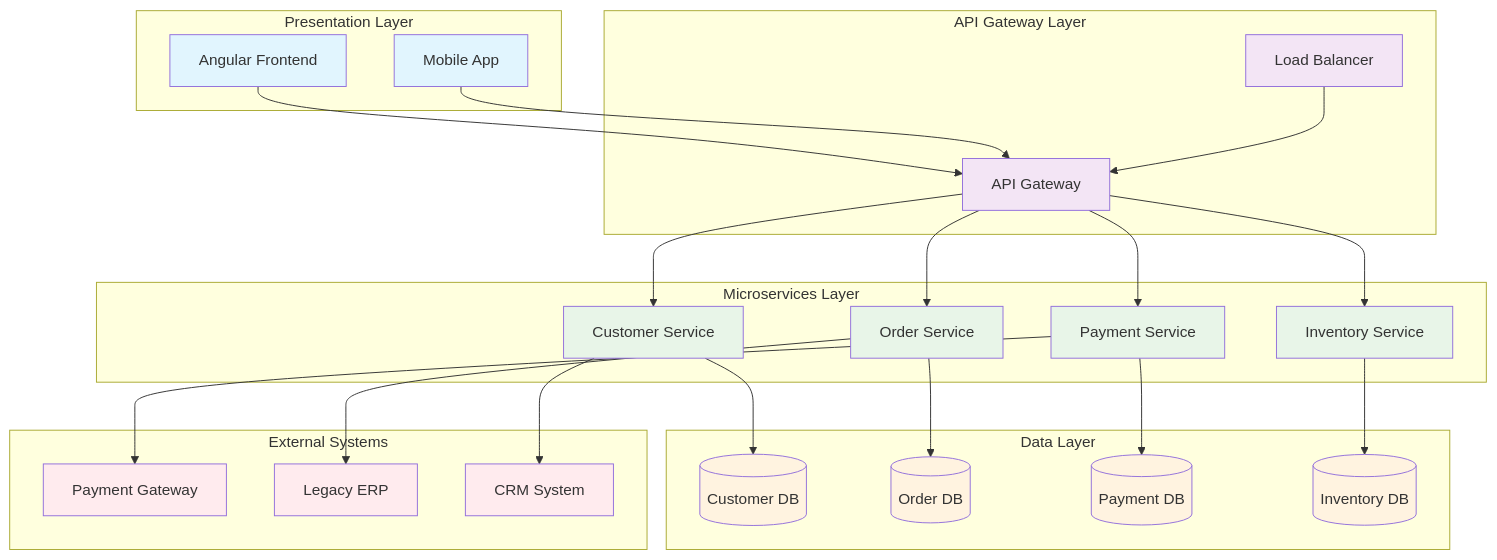
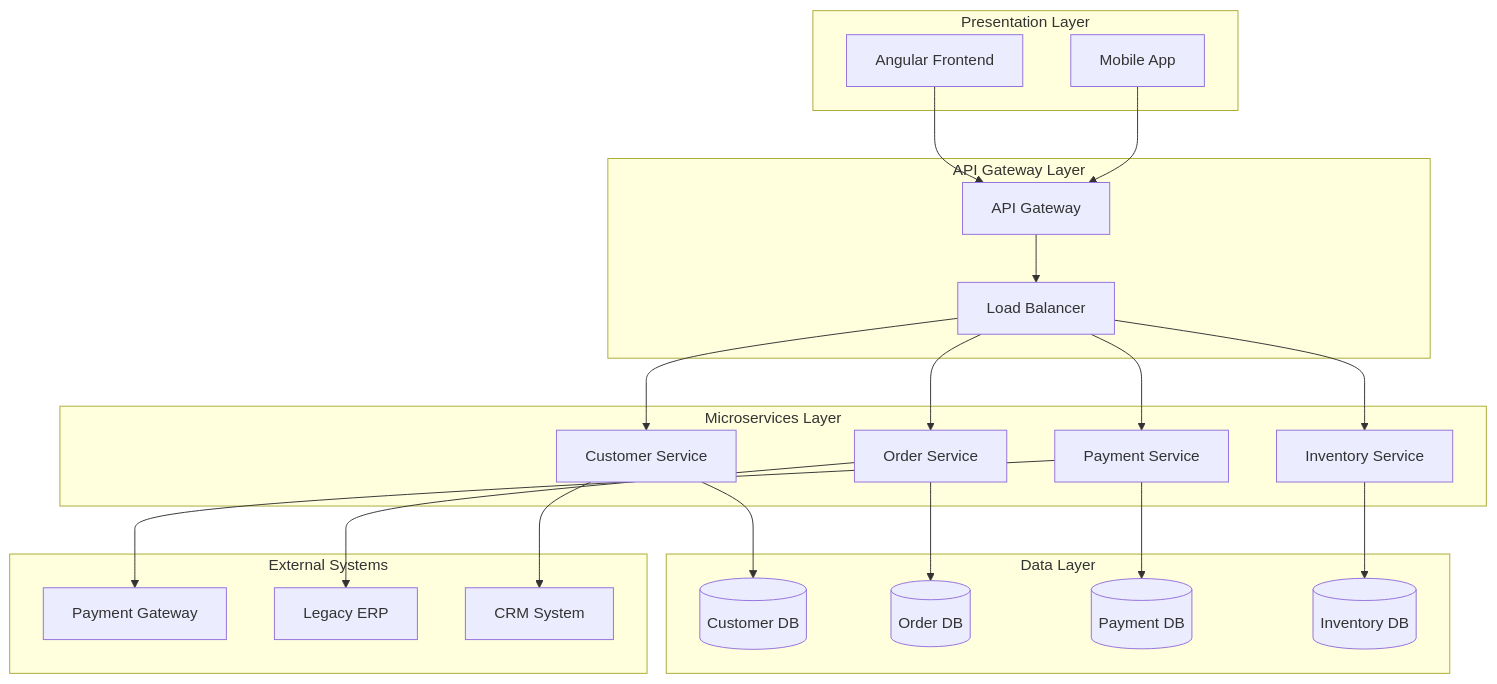
One commit to jpount/doc-diagram-gen changed the first of 4 diagrams in .claude/agents/diagram-architect.md. Above: the diagram before and after it, drawn with Mermaid. The commit also changed other lines of this file and 110 other files, not shown here.

````diff
--- a/.claude/agents/diagram-architect.md
+++ b/.claude/agents/diagram-architect.md
@@ -68,61 +105,52 @@
 ```mermaid
+%% System Architecture Overview
+%% Shows all layers and components
 graph TB
     subgraph "Presentation Layer"
         UI[Angular Frontend]
         Mobile[Mobile App]
     end
     
     subgraph "API Gateway Layer"
         Gateway[API Gateway]
         LB[Load Balancer]
     end
     
     subgraph "Microservices Layer"
         CustomerSvc[Customer Service]
         OrderSvc[Order Service]
         PaymentSvc[Payment Service]
         InventorySvc[Inventory Service]
     end
     
     subgraph "Data Layer"
         CustomerDB[(Customer DB)]
         OrderDB[(Order DB)]
         PaymentDB[(Payment DB)]
         InventoryDB[(Inventory DB)]
     end
     
     subgraph "External Systems"
         PaymentGW[Payment Gateway]
         ERP[Legacy ERP]
         CRM[CRM System]
     end
     
     UI --> Gateway
     Mobile --> Gateway
-    LB --> Gateway
-    Gateway --> CustomerSvc
-    Gateway --> OrderSvc
-    Gateway --> PaymentSvc
-    Gateway --> InventorySvc
+    Gateway --> LB
+    
+    LB --> CustomerSvc
+    LB --> OrderSvc
+    LB --> PaymentSvc
+    LB --> InventorySvc
     
     CustomerSvc --> CustomerDB
     OrderSvc --> OrderDB
     PaymentSvc --> PaymentDB
     InventorySvc --> InventoryDB
     
     PaymentSvc --> PaymentGW
+    OrderSvc --> ERP
     CustomerSvc --> CRM
-    OrderSvc --> ERP
-    
-    classDef frontend fill:#e1f5fe
-    classDef gateway fill:#f3e5f5
-    classDef service fill:#e8f5e8
-    classDef database fill:#fff3e0
-    classDef external fill:#ffebee
-    
-    class UI,Mobile frontend
-    class Gateway,LB gateway
-    class CustomerSvc,OrderSvc,PaymentSvc,InventorySvc service
-    class CustomerDB,OrderDB,PaymentDB,InventoryDB database
-    class PaymentGW,ERP,CRM external
 ```
````
